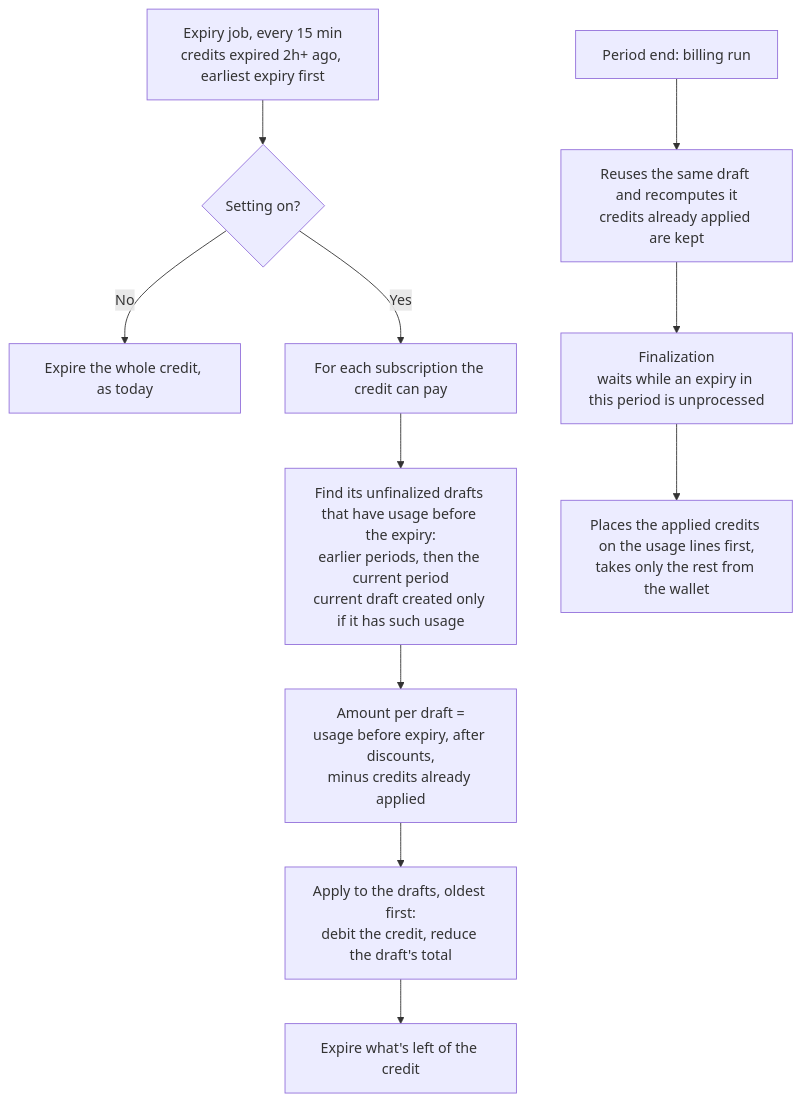
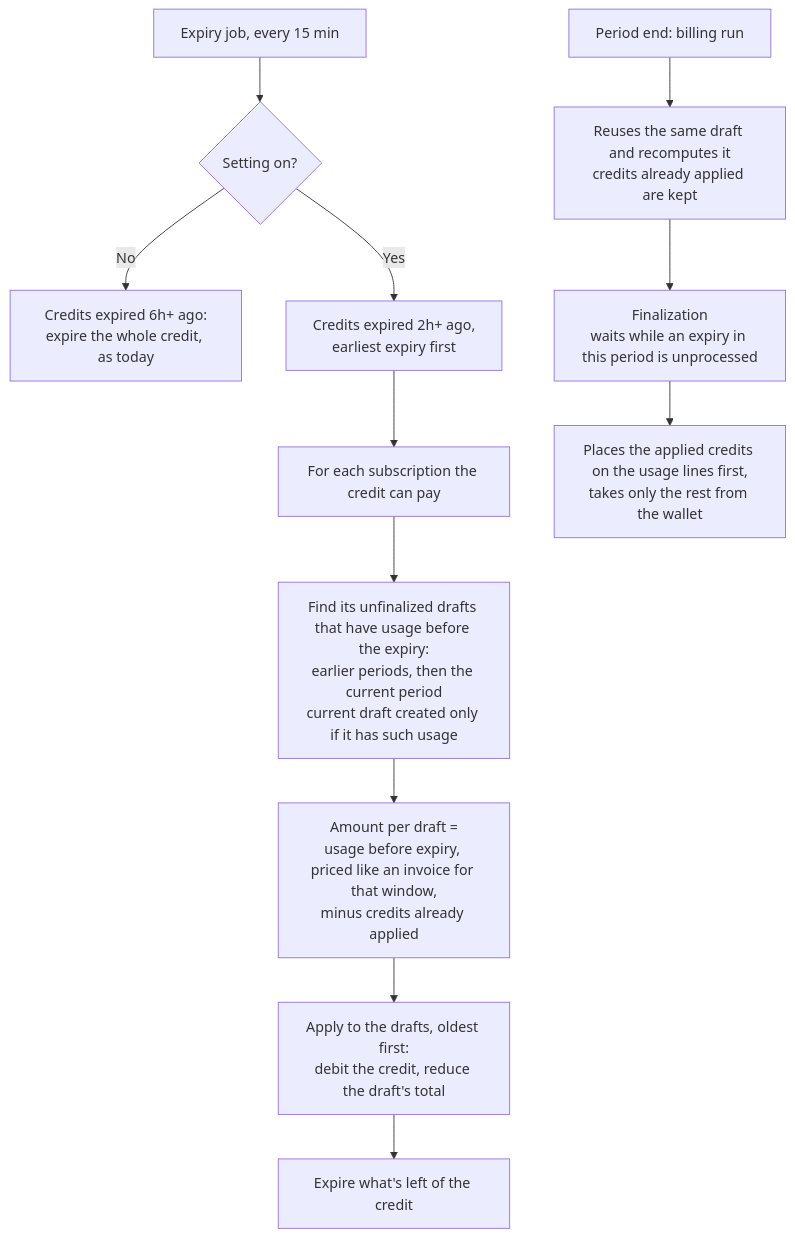
One commit to flexprice/flexprice changed the diagram in docs/design/2026-09-26-mid-period-credit-expiry.md. Above: the diagram before and after it, drawn with Mermaid. The commit also changed other lines of this file and 6 other files, not shown here.

First line of the commit message:
fix(wallet): price usage before expiry like an invoice for that window

````diff
--- a/docs/design/2026-09-26-mid-period-credit-expiry.md
+++ b/docs/design/2026-09-26-mid-period-credit-expiry.md
@@ -30,14 +30,15 @@
 ```mermaid
 flowchart TD
-    A[Expiry job, every 15 min<br/>credits expired 2h+ ago, earliest expiry first] --> B{Setting on?}
-    B -- No --> Z[Expire the whole credit, as today]
-    B -- Yes --> C[For each subscription the credit can pay]
+    A[Expiry job, every 15 min] --> B{Setting on?}
+    B -- No --> Z[Credits expired 6h+ ago:<br/>expire the whole credit, as today]
+    B -- Yes --> Y[Credits expired 2h+ ago,<br/>earliest expiry first]
+    Y --> C[For each subscription the credit can pay]
     C --> D[Find its unfinalized drafts that have usage before the expiry:<br/>earlier periods, then the current period<br/>current draft created only if it has such usage]
-    D --> E[Amount per draft =<br/>usage before expiry, after discounts,<br/>minus credits already applied]
+    D --> E[Amount per draft =<br/>usage before expiry, priced like an invoice for that window,<br/>minus credits already applied]
     E --> F[Apply to the drafts, oldest first:<br/>debit the credit, reduce the draft's total]
     F --> G[Expire what's left of the credit]
 
     P[Period end: billing run] --> Q[Reuses the same draft and recomputes it<br/>credits already applied are kept]
     Q --> R[Finalization<br/>waits while an expiry in this period is unprocessed]
     R --> S[Places the applied credits on the usage lines first,<br/>takes only the rest from the wallet]
 ```
````
